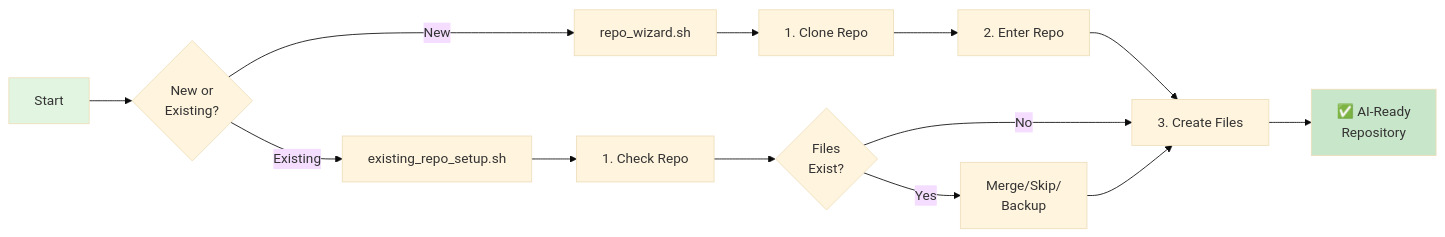
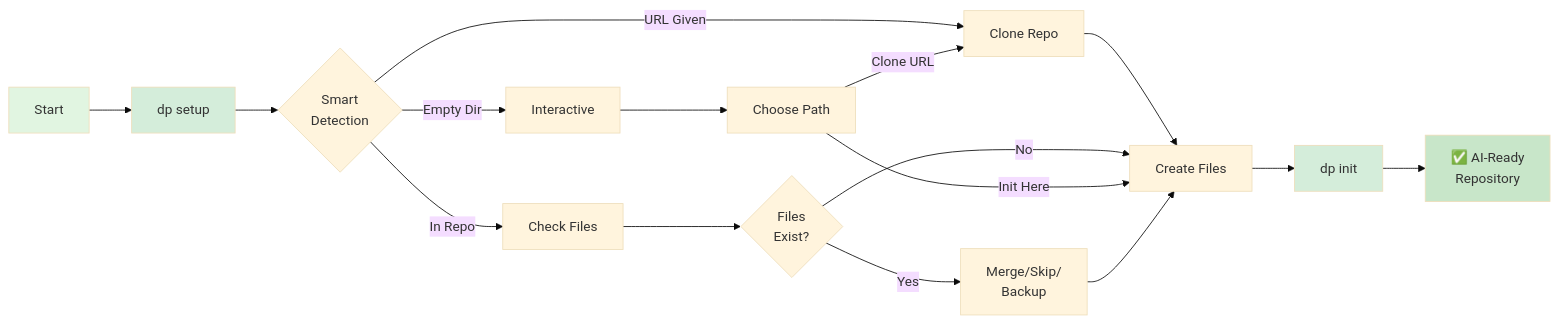
Before and after one commit to Softsensor-org/SoftSensorAI: the diagram in README.md, drawn with Mermaid (base theme). The commit also changed other lines of this file and 10 other files, not shown here.

````diff
--- a/README.md
+++ b/README.md
@@ -230,21 +230,28 @@
 ```mermaid
 graph LR
-    A[Start] --> B{New or<br/>Existing?}
-    B -->|New| C[repo_wizard.sh]
-    B -->|Existing| D[existing_repo_setup.sh]
+    A[Start] --> B[dp setup]
+    B --> C{Smart<br/>Detection}
 
-    C --> E[1. Clone Repo]
-    E --> F[2. Enter Repo]
-    F --> G[3. Create Files]
+    C -->|URL Given| D[Clone Repo]
+    C -->|In Repo| E[Check Files]
+    C -->|Empty Dir| F[Interactive]
 
-    D --> H[1. Check Repo]
-    H --> I{Files<br/>Exist?}
-    I -->|No| G
-    I -->|Yes| J[Merge/Skip/<br/>Backup]
+    D --> G[Create Files]
+    E --> H{Files<br/>Exist?}
+    F --> I[Choose Path]
+
+    H -->|No| G
+    H -->|Yes| J[Merge/Skip/<br/>Backup]
+
+    I -->|Init Here| G
+    I -->|Clone URL| D
+
     J --> G
-
-    G --> K[✅ AI-Ready<br/>Repository]
+    G --> K[dp init]
+    K --> L[✅ AI-Ready<br/>Repository]
 
     style A fill:#e1f5e1
-    style K fill:#c8e6c9
+    style B fill:#d4edda
+    style K fill:#d4edda
+    style L fill:#c8e6c9
 ```
````
